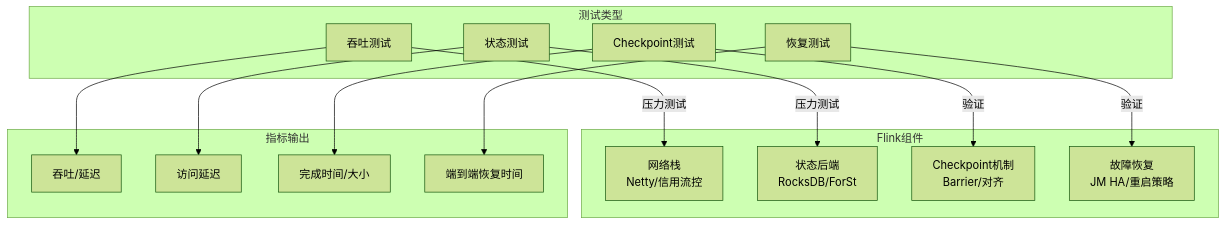
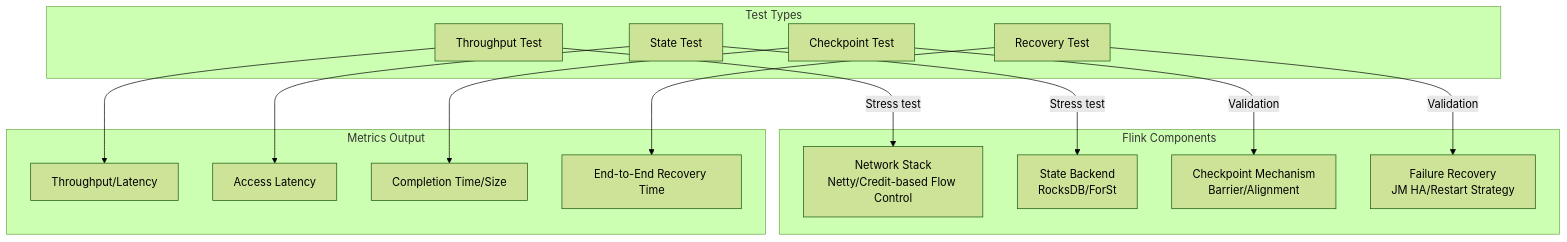
One commit to AdaMartin18010/AnalysisDataFlow changed the first of 3 diagrams in i18n/en/Flink/flink-performance-benchmark-suite.md. Above: the diagram before and after it, drawn with Mermaid (forest theme). The commit also changed other lines of this file and 96 other files, not shown here.

````diff
--- a/i18n/en/Flink/flink-performance-benchmark-suite.md
+++ b/i18n/en/Flink/flink-performance-benchmark-suite.md
@@ -133,35 +189,35 @@
 ```mermaid
 graph TB
-    subgraph 测试类型
-        T1[吞吐测试]
-        T2[状态测试]
-        T3[Checkpoint测试]
-        T4[恢复测试]
+    subgraph Test Types
+        T1[Throughput Test]
+        T2[State Test]
+        T3[Checkpoint Test]
+        T4[Recovery Test]
     end
 
-    subgraph Flink组件
-        C1[网络栈<br/>Netty/信用流控]
-        C2[状态后端<br/>RocksDB/ForSt]
-        C3[Checkpoint机制<br/>Barrier/对齐]
-        C4[故障恢复<br/>JM HA/重启策略]
+    subgraph Flink Components
+        C1[Network Stack<br/>Netty/Credit-based Flow Control]
+        C2[State Backend<br/>RocksDB/ForSt]
+        C3[Checkpoint Mechanism<br/>Barrier/Alignment]
+        C4[Failure Recovery<br/>JM HA/Restart Strategy]
     end
 
-    subgraph 指标输出
-        M1[吞吐/延迟]
-        M2[访问延迟]
-        M3[完成时间/大小]
-        M4[端到端恢复时间]
+    subgraph Metrics Output
+        M1[Throughput/Latency]
+        M2[Access Latency]
+        M3[Completion Time/Size]
+        M4[End-to-End Recovery Time]
     end
 
-    T1 -->|压力测试| C1
+    T1 -->|Stress test| C1
     T1 --> M1
 
-    T2 -->|压力测试| C2
+    T2 -->|Stress test| C2
     T2 --> M2
 
-    T3 -->|验证| C3
+    T3 -->|Validation| C3
     T3 --> M3
 
-    T4 -->|验证| C4
+    T4 -->|Validation| C4
     T4 --> M4
 ```
````
